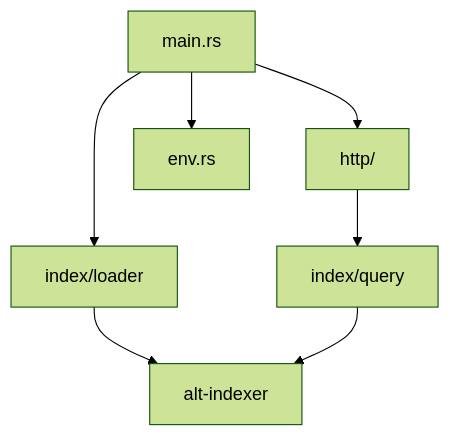
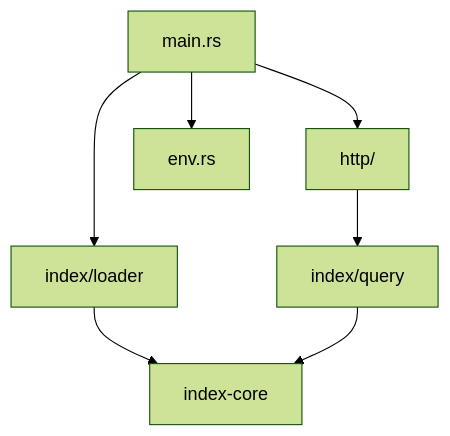
Before and after one commit to Taum/rust-cards-api: the diagram in uniques-http-api/docs/architecture.md, drawn with Mermaid (forest theme). The commit also changed other lines of this file and 75 other files, not shown here.

Commit message:
rename alt-indexer => cli-indexer + extract common modules to index-core folder

````diff
--- a/uniques-http-api/docs/architecture.md
+++ b/uniques-http-api/docs/architecture.md
@@ -17,19 +17,19 @@
 ```mermaid
 flowchart TB
   main[main.rs]
 
   http["http/"]
   index-loader["index/loader"]
   index-query["index/query"]
   env["env.rs"]
 
 
-  alt[alt-indexer]
+  core[index-core]
 
   main --> env
   main --> index-loader
   main --> http
   http --> index-query
-  index-loader --> alt
-  index-query --> alt
+  index-loader --> core
+  index-query --> core
 ```
````
